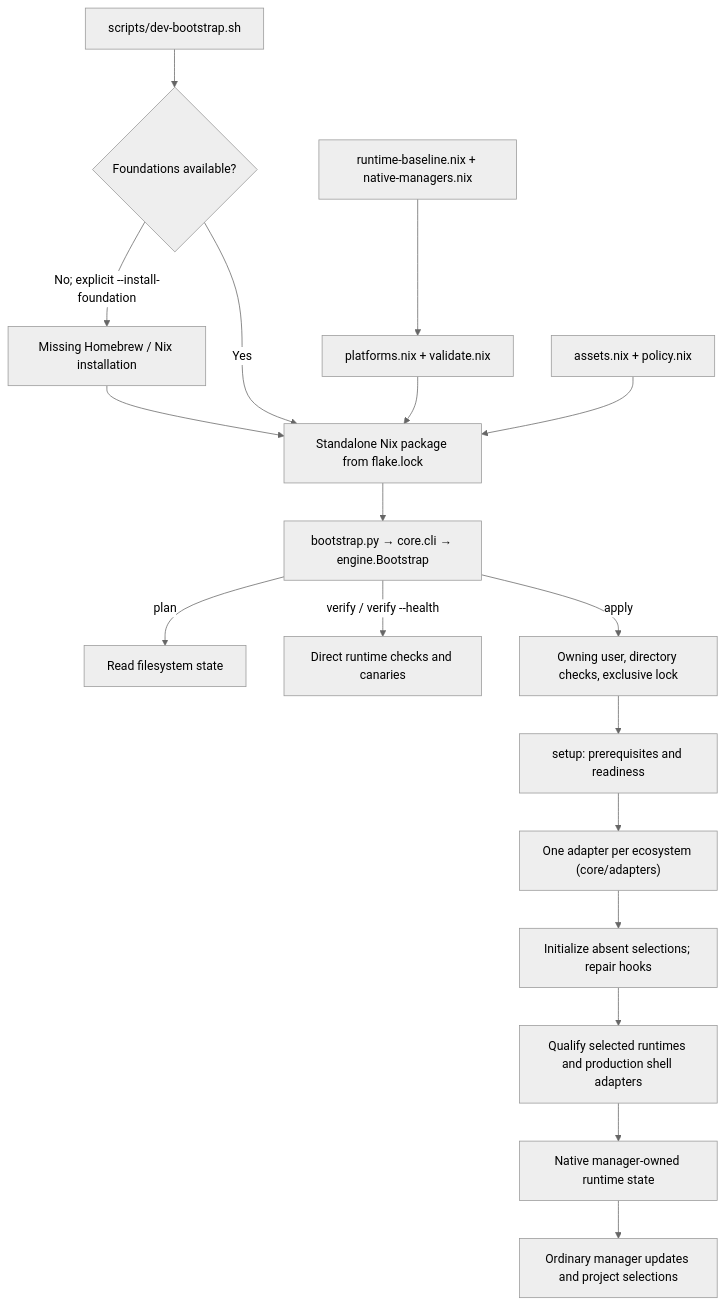
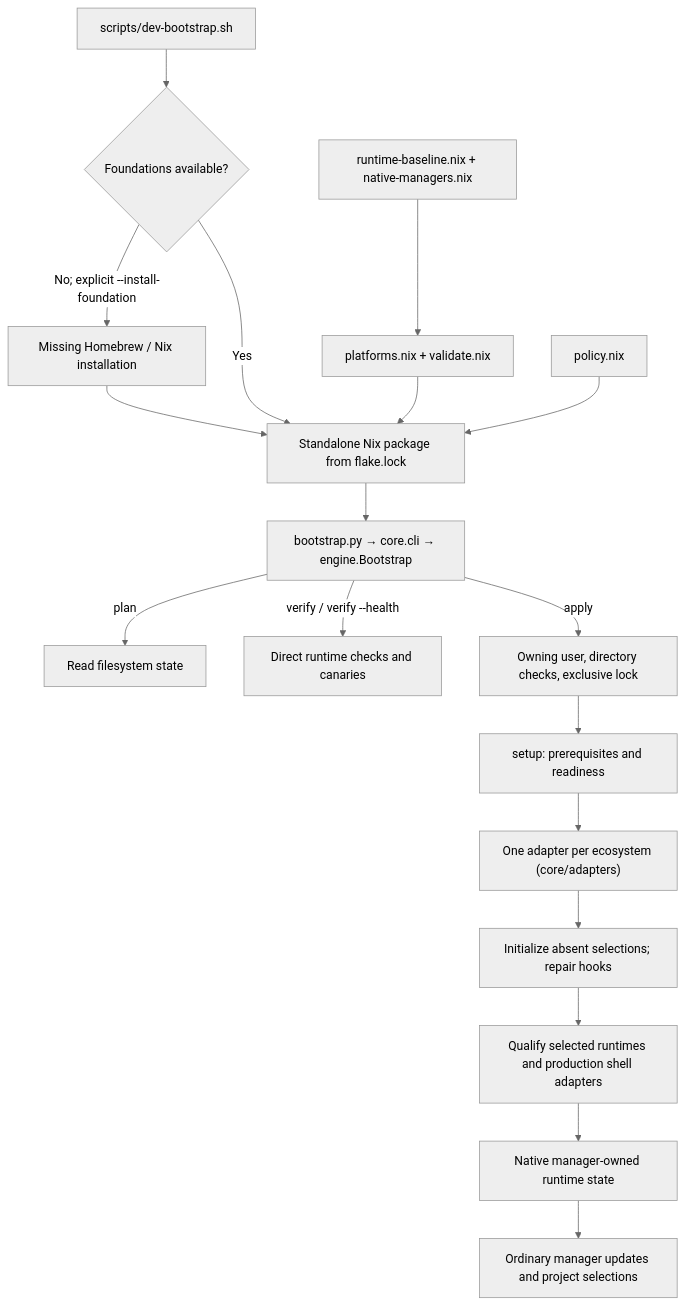
The diagram in home/dev/bootstrap/README.md (LCS-Dev-Ergos/Dotfiles), drawn with Mermaid (neutral theme) before and after one commit. The commit also changed other lines of this file and 16 other files, not shown here.

````diff
--- a/home/dev/bootstrap/README.md
+++ b/home/dev/bootstrap/README.md
@@ -32,20 +31,20 @@
 ```mermaid
 flowchart TD
     Entry["scripts/dev-bootstrap.sh"] --> Foundation{"Foundations available?"}
     Foundation -->|No; explicit --install-foundation| Foundations["Missing Homebrew / Nix installation"]
     Foundations --> Package
     Foundation -->|Yes| Package["Standalone Nix package from flake.lock"]
     Baseline["runtime-baseline.nix + native-managers.nix"] --> Validation["platforms.nix + validate.nix"]
     Validation --> Package
-    Assets["assets.nix + policy.nix"] --> Package
+    Policy["policy.nix"] --> Package
     Package --> CLI["bootstrap.py → core.cli → engine.Bootstrap"]
     CLI -->|plan| Inspect["Read filesystem state"]
     CLI -->|verify / verify --health| Verify["Direct runtime checks and canaries"]
     CLI -->|apply| Guard["Owning user, directory checks, exclusive lock"]
     Guard --> Setup["setup: prerequisites and readiness"]
     Setup --> Adapters["One adapter per ecosystem (core/adapters)"]
     Adapters --> Defaults["Initialize absent selections; repair hooks"]
     Defaults --> Shell["Qualify selected runtimes and production shell adapters"]
     Shell --> Native["Native manager-owned runtime state"]
     Native --> Updates["Ordinary manager updates and project selections"]
 ```
````
